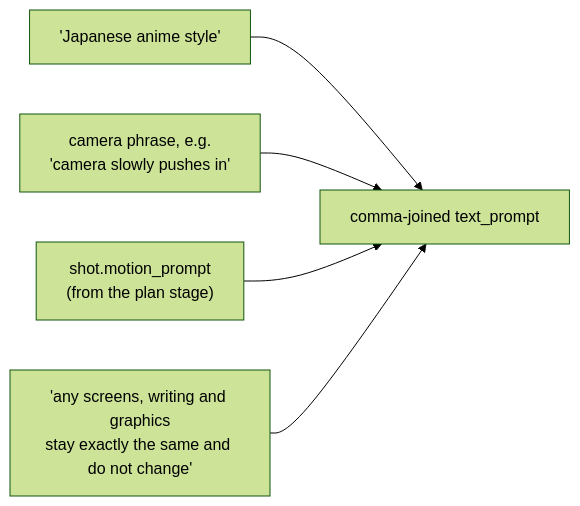
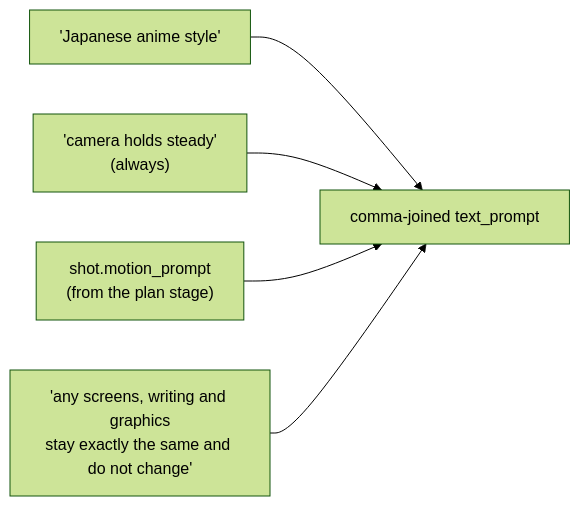
The eighth of 11 diagrams in docs/algorithms.md (phucduocdoan/anime-short-generator), drawn with Mermaid (forest theme) before and after one commit. The commit also changed other lines of this file and 7 other files, not shown here.

````diff
--- a/docs/algorithms.md
+++ b/docs/algorithms.md
@@ -219,7 +219,7 @@
 ```mermaid
 flowchart LR
     A["'Japanese anime style'"] --> E["comma-joined text_prompt"]
-    B["camera phrase, e.g.\n'camera slowly pushes in'"] --> E
+    B["'camera holds steady'\n(always)"] --> E
     C["shot.motion_prompt\n(from the plan stage)"] --> E
     D["'any screens, writing and graphics\nstay exactly the same and do not change'"] --> E
 ```
````
